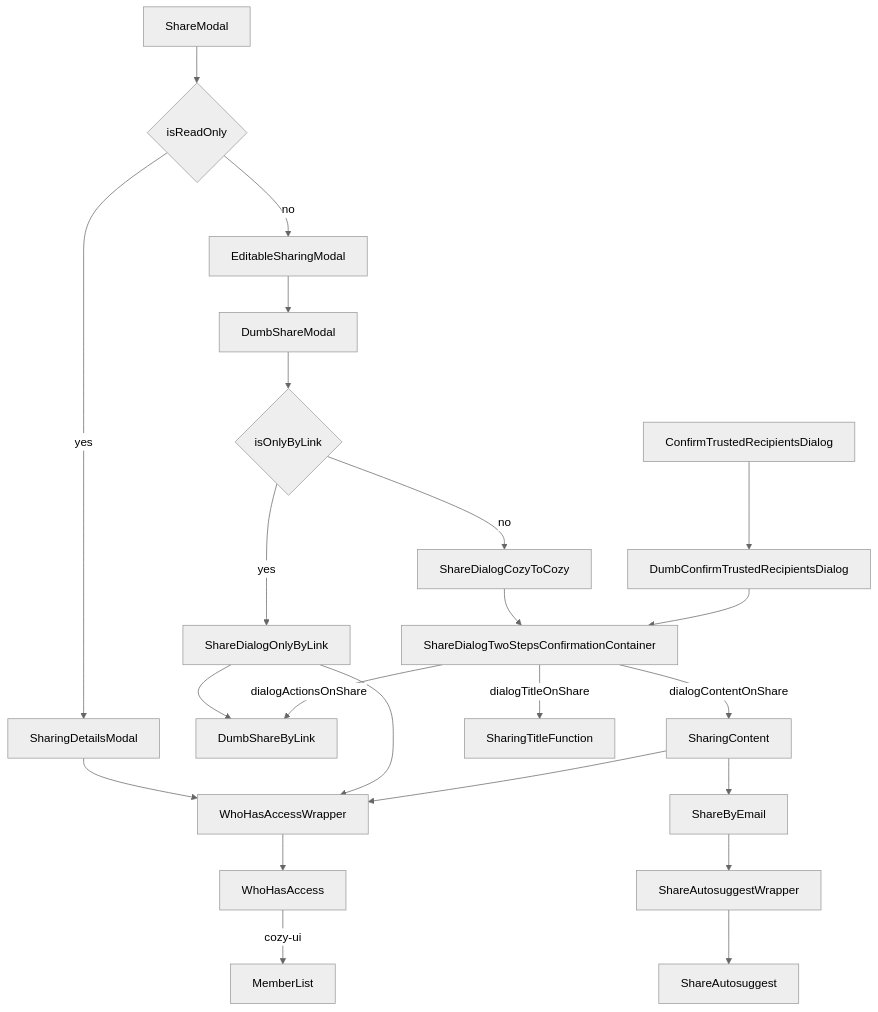
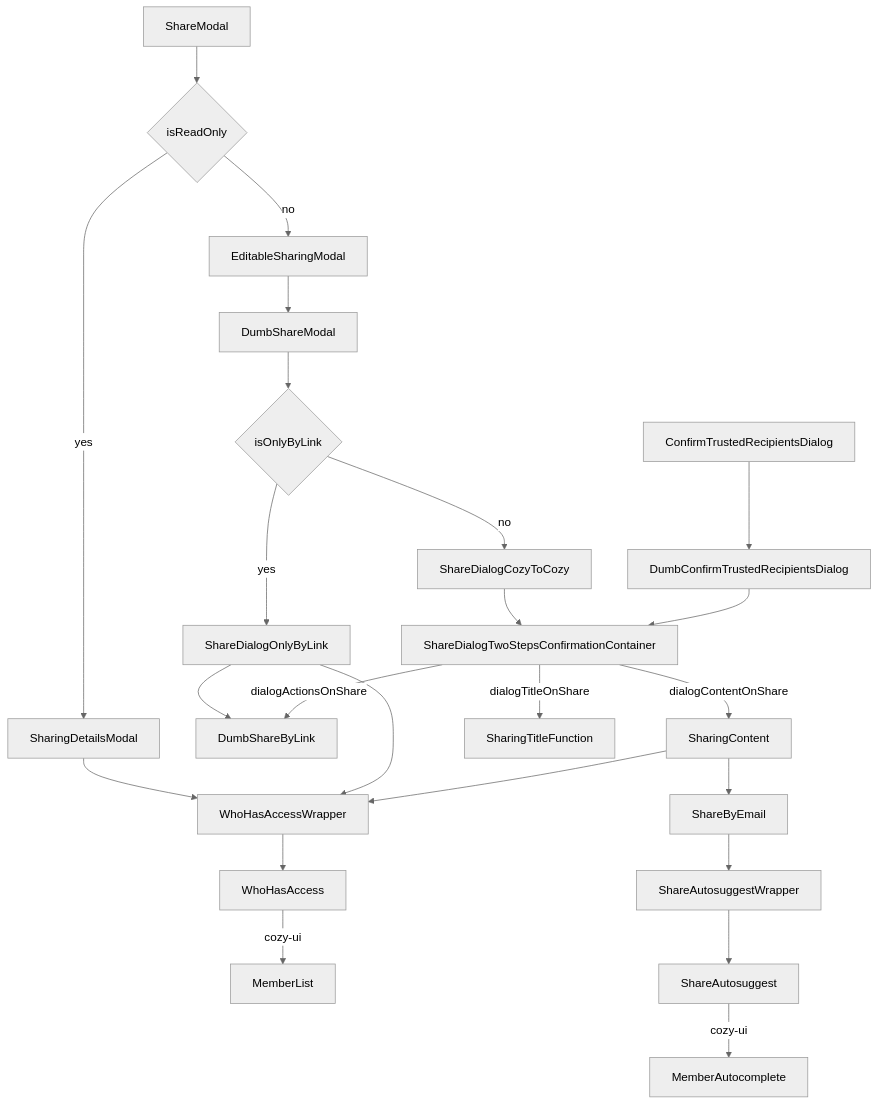
The first of 2 diagrams in packages/cozy-sharing/docs/share-modal-architecture.md (linagora/cozy-libs), drawn with Mermaid (neutral theme) before and after one commit. The commit also changed 17 other files, not shown here.

````diff
--- a/packages/cozy-sharing/docs/share-modal-architecture.md
+++ b/packages/cozy-sharing/docs/share-modal-architecture.md
@@ -3,25 +3,26 @@
 ```mermaid
 flowchart TD
     ShareModal --> ShareModalConditions{isReadOnly}
     ShareModalConditions --> |yes| SharingDetailsModal
     ShareModalConditions --> |no| EditableSharingModal
     SharingDetailsModal --> WhoHasAccessWrapper
     EditableSharingModal --> DumbShareModal
     DumbShareModal --> DumbShareModalConditions{isOnlyByLink}
     DumbShareModalConditions --> |yes| ShareDialogOnlyByLink
     DumbShareModalConditions --> |no| ShareDialogCozyToCozy
     ShareDialogOnlyByLink --> WhoHasAccessWrapper
     ShareDialogOnlyByLink --> DumbShareByLink
     ShareDialogCozyToCozy --> ShareDialogTwoStepsConfirmationContainer
     ShareDialogTwoStepsConfirmationContainer --> |dialogContentOnShare|SharingContent
     ShareDialogTwoStepsConfirmationContainer --> |dialogTitleOnShare|SharingTitleFunction
     ShareDialogTwoStepsConfirmationContainer --> |dialogActionsOnShare|DumbShareByLink
     SharingContent --> WhoHasAccessWrapper
     WhoHasAccessWrapper --> WhoHasAccess
     WhoHasAccess --> |cozy-ui|MemberList
     SharingContent --> ShareByEmail
     ConfirmTrustedRecipientsDialog --> DumbConfirmTrustedRecipientsDialog
     DumbConfirmTrustedRecipientsDialog --> ShareDialogTwoStepsConfirmationContainer
     ShareByEmail --> ShareAutosuggestWrapper
     ShareAutosuggestWrapper --> ShareAutosuggest
+    ShareAutosuggest --> |cozy-ui|MemberAutocomplete
 ```
````
